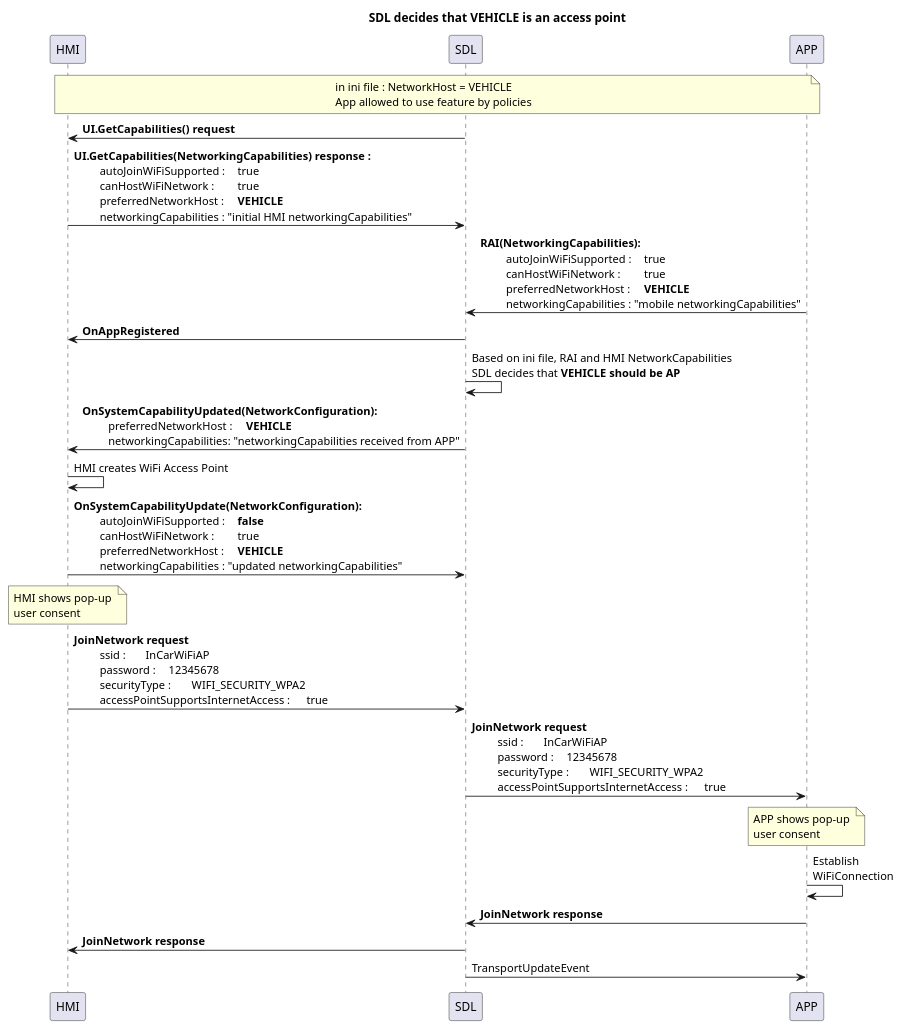
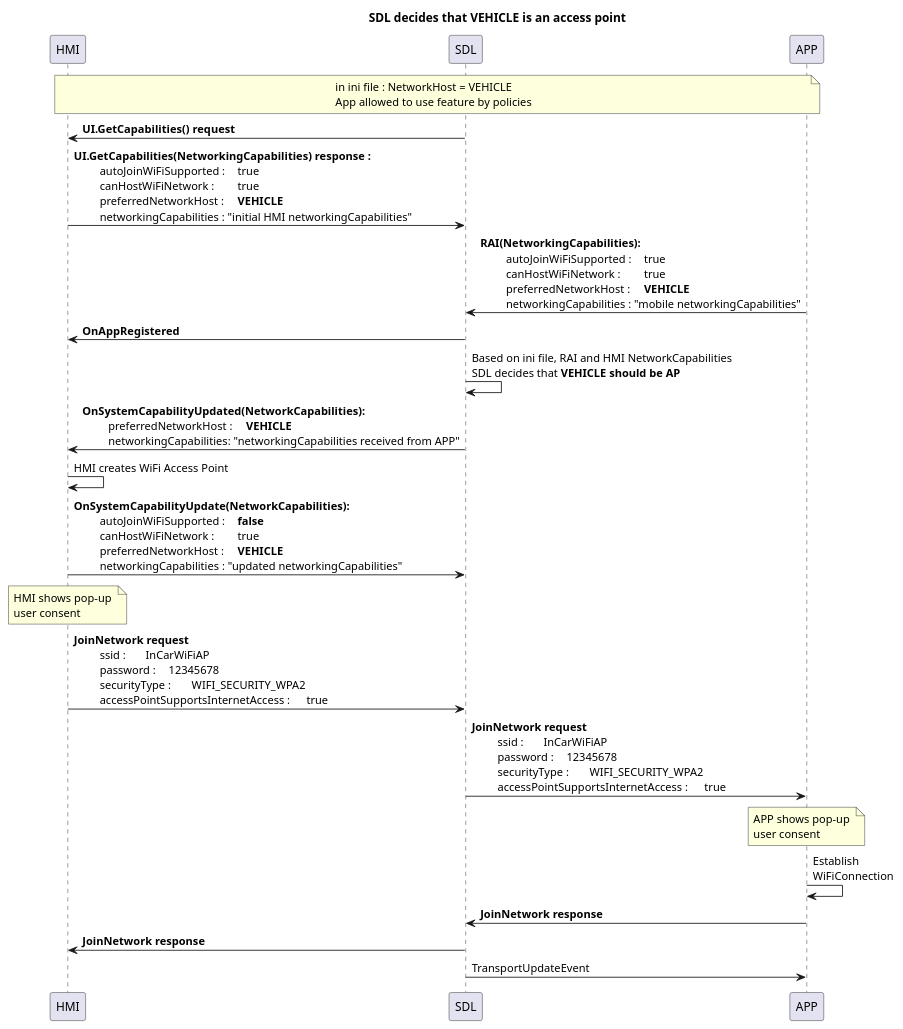
The diagram in assets/proposals/0245-sharing-wifi-ssid-and-password/vehicle_access_point.puml (smartdevicelink/sdl_evolution), drawn with PlantUML before and after one commit. The commit also changed 5 other files, not shown here.

Commit message:
Replace NetworkConfiguration to NetworkCapabilities

```diff
--- a/assets/proposals/0245-sharing-wifi-ssid-and-password/vehicle_access_point.puml
+++ b/assets/proposals/0245-sharing-wifi-ssid-and-password/vehicle_access_point.puml
@@ -1,68 +1,68 @@
 @startuml
 !pragma teoz true
 
 
 title SDL decides that VEHICLE is an access point
 
 participant HMI
 participant SDL
 participant APP
 
 note over HMI, APP: in ini file : NetworkHost = VEHICLE \n\
 App allowed to use feature by policies
 
 SDL -> HMI : <b>UI.GetCapabilities() request
 HMI -> SDL : <b>UI.GetCapabilities(NetworkingCapabilities) response : \n\
 \t autoJoinWiFiSupported : \t true \n\
 \t canHostWiFiNetwork : \t true \n\
 \t preferredNetworkHost : \t **VEHICLE** \n\
 \t networkingCapabilities : "initial HMI networkingCapabilities"
 
 APP -> SDL : <b>RAI(NetworkingCapabilities): \n\
 \t autoJoinWiFiSupported : \t true \n\
 \t canHostWiFiNetwork : \t true \n\
 \t preferredNetworkHost : \t **VEHICLE** \n\
 \t networkingCapabilities : "mobile networkingCapabilities"
 
 SDL -> HMI : <b>OnAppRegistered 
 
 SDL -> SDL : Based on ini file, RAI and HMI NetworkCapabilities\n\
 SDL decides that **VEHICLE should be AP** 
 
-SDL -> HMI:  <b>OnSystemCapabilityUpdated(NetworkConfiguration): \n\
+SDL -> HMI:  <b>OnSystemCapabilityUpdated(NetworkCapabilities): \n\
 \t preferredNetworkHost : \t **VEHICLE** \n\
 \t networkingCapabilities: "networkingCapabilities received from APP"
 HMI -> HMI : HMI creates WiFi Access Point
 
-HMI -> SDL:  <b>OnSystemCapabilityUpdate(NetworkConfiguration): \n\
+HMI -> SDL:  <b>OnSystemCapabilityUpdate(NetworkCapabilities): \n\
 \t autoJoinWiFiSupported : \t **false** \n\
 \t canHostWiFiNetwork : \t true \n\
 \t preferredNetworkHost : \t **VEHICLE** \n\
 \t networkingCapabilities : "updated networkingCapabilities"
 
 note over HMI: HMI shows pop-up \n\
 user consent 
 
 HMI -> SDL: <b>JoinNetwork request\n\
 \t ssid : \t InCarWiFiAP \n\
 \t password : \t 12345678 \n\
 \t securityType : \t WIFI_SECURITY_WPA2 \n\
 \t accessPointSupportsInternetAccess : \t true 
 
 SDL -> APP: <b>JoinNetwork request\n\
 \t ssid : \t InCarWiFiAP \n\
 \t password : \t 12345678 \n\
 \t securityType : \t WIFI_SECURITY_WPA2 \n\
 \t accessPointSupportsInternetAccess : \t true 
 
 note over APP: APP shows pop-up \n\
 user consent 
 
 APP -> APP : Establish \n\
 WiFiConnection
 
 APP -> SDL : <b>JoinNetwork response
 SDL -> HMI : <b>JoinNetwork response
 
 SDL -> APP: TransportUpdateEvent
 @enduml
```
